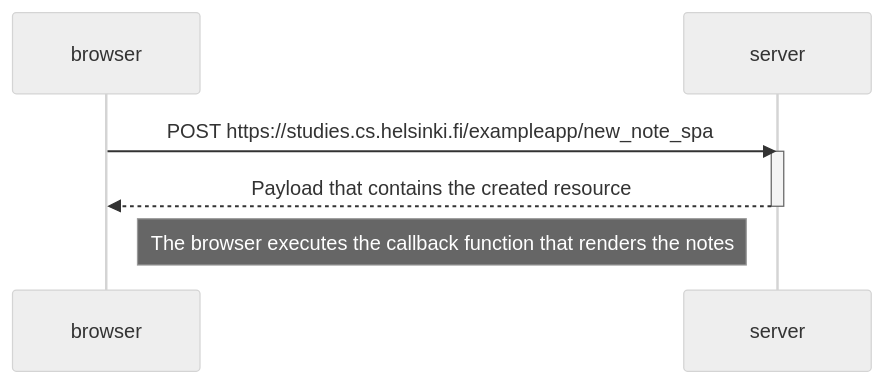
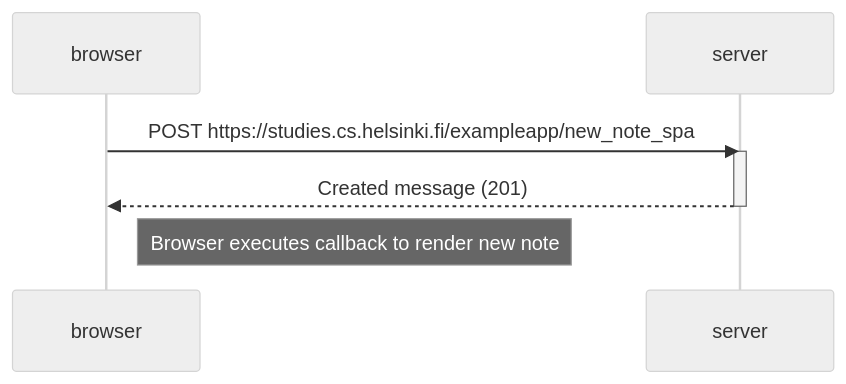
The diagram in part0/0.6.md (alwaysvivek/full-stack-open), drawn with Mermaid (neutral theme) before and after one commit. The commit also changed 2 other files, not shown here.

Commit message:
Refactor diagrams to use participant aliases

````diff
--- a/part0/0.6.md
+++ b/part0/0.6.md
@@ -1,12 +1,12 @@
 ```mermaid
 sequenceDiagram
-participant browser
-participant server
+    participant B as browser
+    participant S as server
 
-    browser->>server: POST https://studies.cs.helsinki.fi/exampleapp/new_note_spa
-    activate server
-    server-->>browser: Payload that contains the created resource
-    deactivate server
+    B->>S: POST https://studies.cs.helsinki.fi/exampleapp/new_note_spa
+    activate S
+    S-->>B: Created message (201)
+    deactivate S
 
-    Note right of browser: The browser executes the callback function that renders the notes
+    Note right of B: Browser executes callback to render new note
 ```
````
